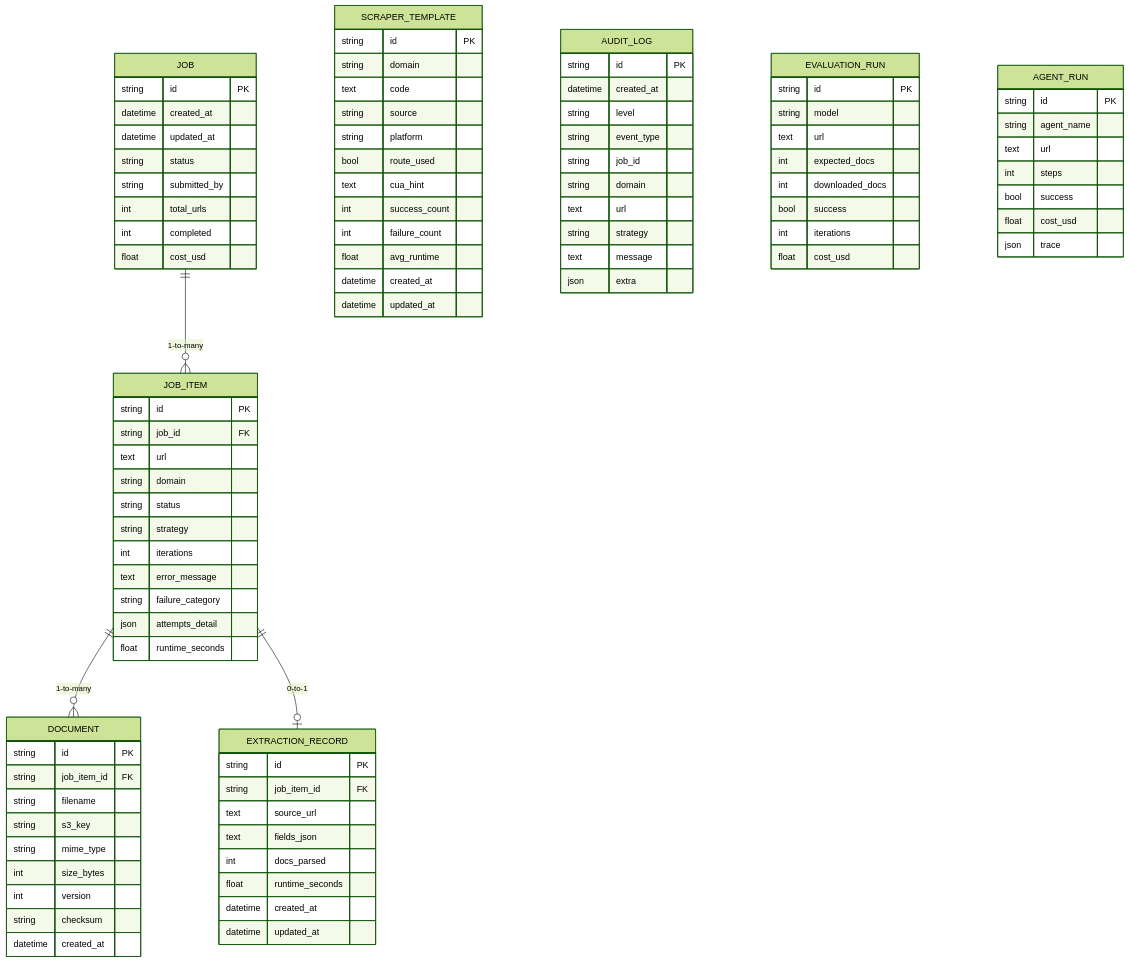
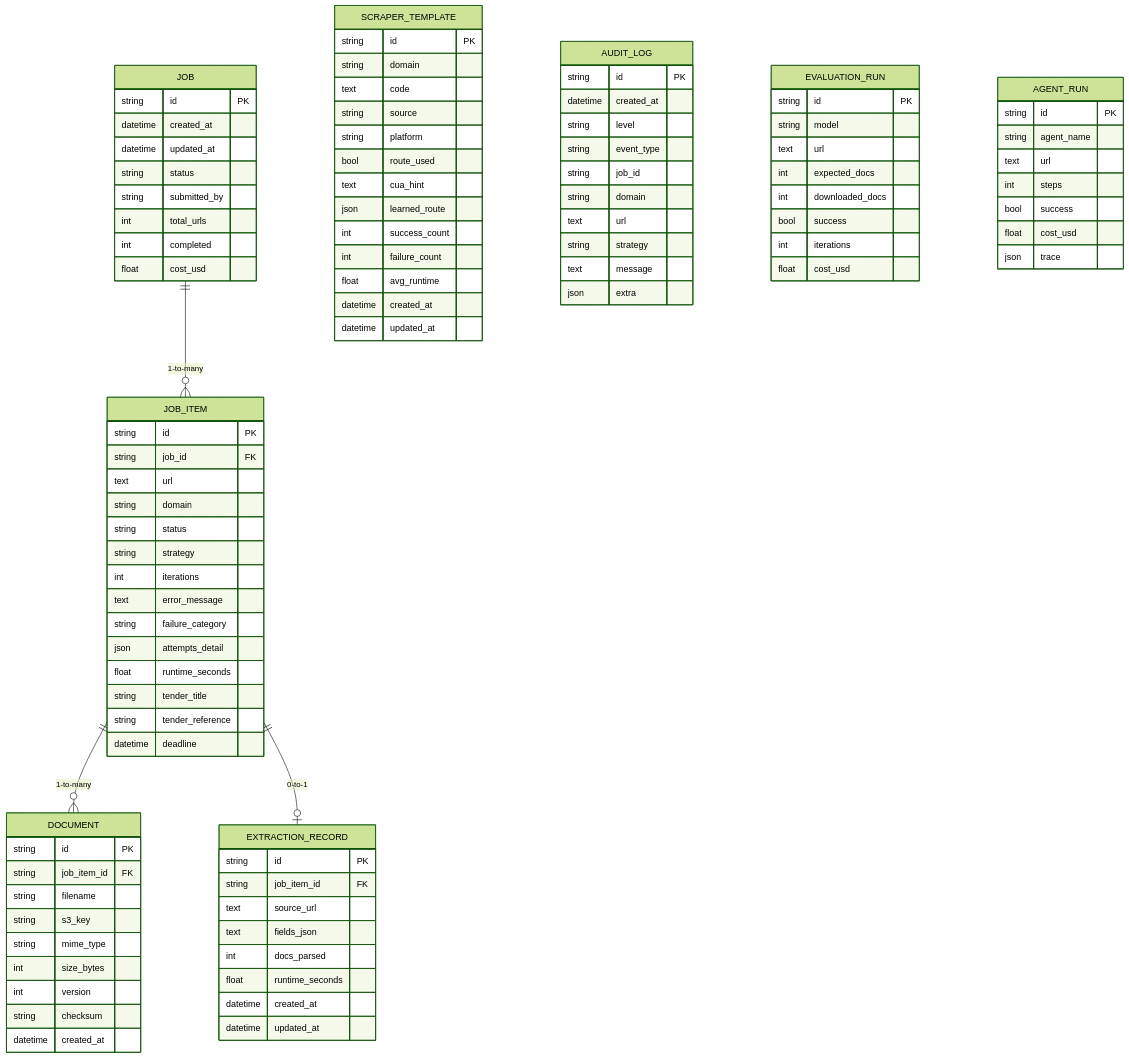
One commit to Siddharthpatni/Project-1 changed the sixth of 9 diagrams in docs/ARCHITECTURE.md. Above: the diagram before and after it, drawn with Mermaid (forest theme). The commit also changed other lines of this file and 9 other files, not shown here.

```diff
--- a/docs/ARCHITECTURE.md
+++ b/docs/ARCHITECTURE.md
@@ -251,6 +319,9 @@
         string failure_category
         json attempts_detail
         float runtime_seconds
+        string tender_title
+        string tender_reference
+        datetime deadline
     }
 
     DOCUMENT {
@@ -273,6 +344,7 @@
         string platform
         bool route_used
         text cua_hint
+        json learned_route
         int success_count
         int failure_count
         float avg_runtime
```
